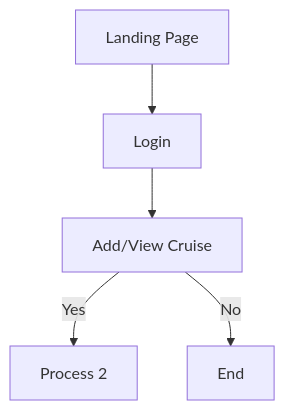
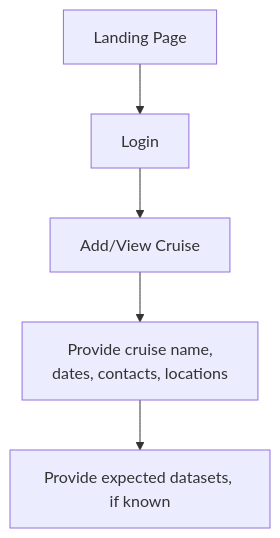
Before and after one commit to dfo-mar-odis/mar-did: the diagram in docs/WorkflowChiefScientists.mmd, drawn with Mermaid. The commit also changed 11 other files, not shown here.

```diff
--- a/docs/WorkflowChiefScientists.mmd
+++ b/docs/WorkflowChiefScientists.mmd
@@ -1,5 +1,6 @@
 graph TD
     A[Landing Page] --> B[Login]
     B --> C[Add/View Cruise]
-    C -->|Yes| D[Process 2]
-    C -->|No| E[End]
+    C --> D[Provide cruise name,
+    dates, contacts, locations]
+    D --> E[Provide expected datasets, if known]
```
